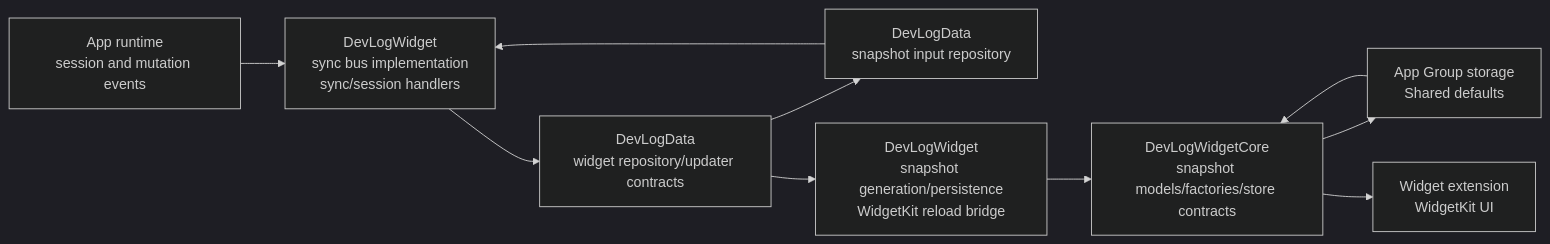
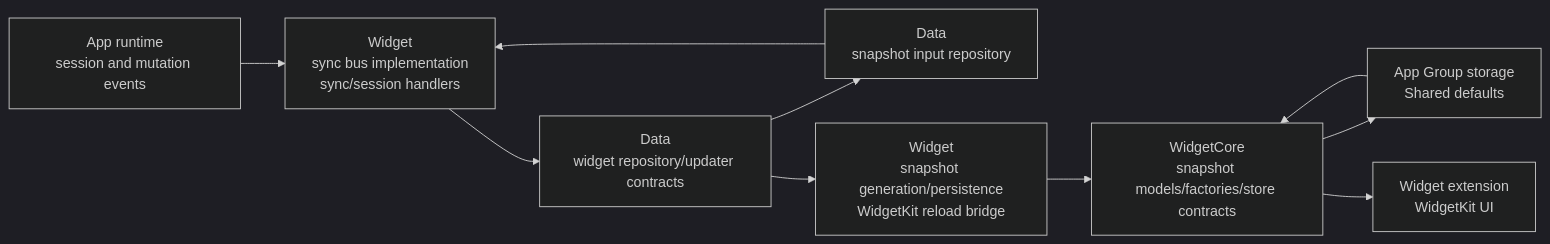
One commit to opficdev/DevLog_iOS changed the eighth of 9 diagrams in .hermes/skills/devlog-architecture-harness/references/devlog-architecture-flow.md. Above: the diagram before and after it, drawn with Mermaid (dark theme). The commit also changed other lines of this file and 10 other files, not shown here.

````diff
--- a/.hermes/skills/devlog-architecture-harness/references/devlog-architecture-flow.md
+++ b/.hermes/skills/devlog-architecture-harness/references/devlog-architecture-flow.md
@@ -273,21 +273,21 @@
 ```mermaid
 flowchart LR
 	App["App runtime\nsession and mutation events"]
-	WidgetBridge["DevLogWidget\nsync bus implementation\nsync/session handlers"]
-	DataContracts["DevLogData\nwidget repository/updater contracts"]
-	SnapshotInputs["DevLogData\nsnapshot input repository"]
-	Snapshot["DevLogWidget\nsnapshot generation/persistence\nWidgetKit reload bridge"]
-	WidgetModels["DevLogWidgetCore\nsnapshot models/factories/store contracts"]
+	WidgetBridge["Widget\nsync bus implementation\nsync/session handlers"]
+	DataContracts["Data\nwidget repository/updater contracts"]
+	SnapshotInputs["Data\nsnapshot input repository"]
+	Snapshot["Widget\nsnapshot generation/persistence\nWidgetKit reload bridge"]
+	WidgetModels["WidgetCore\nsnapshot models/factories/store contracts"]
 	AppGroup["App Group storage\nShared defaults"]
 	WidgetExtension["Widget extension\nWidgetKit UI"]
 
 	App --> WidgetBridge
 	WidgetBridge --> DataContracts
 	DataContracts --> SnapshotInputs
 	DataContracts --> Snapshot
 	SnapshotInputs --> WidgetBridge
 	Snapshot --> WidgetModels
 	WidgetModels --> AppGroup
 	AppGroup --> WidgetModels
 	WidgetModels --> WidgetExtension
 ```
````
